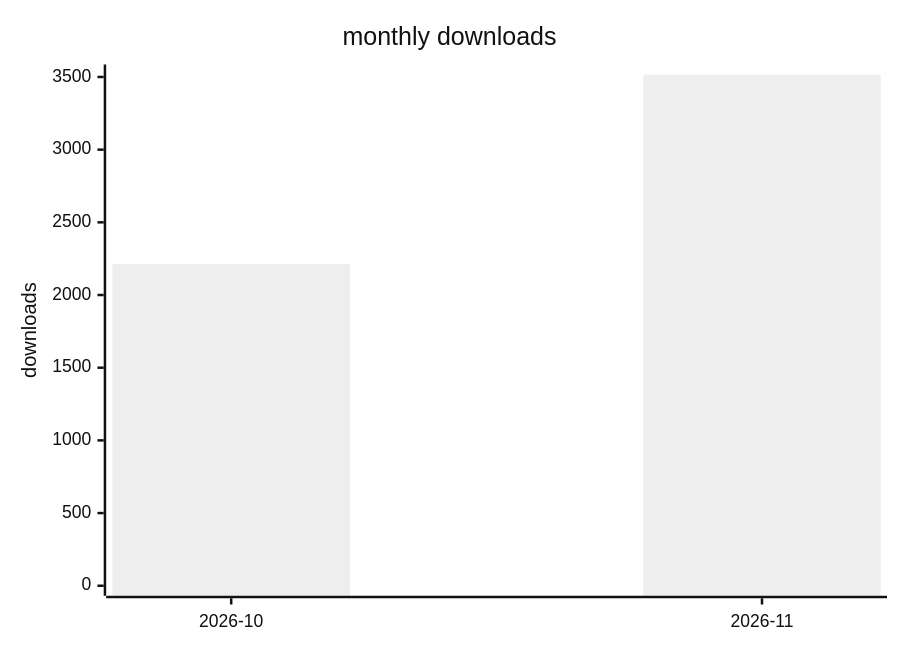
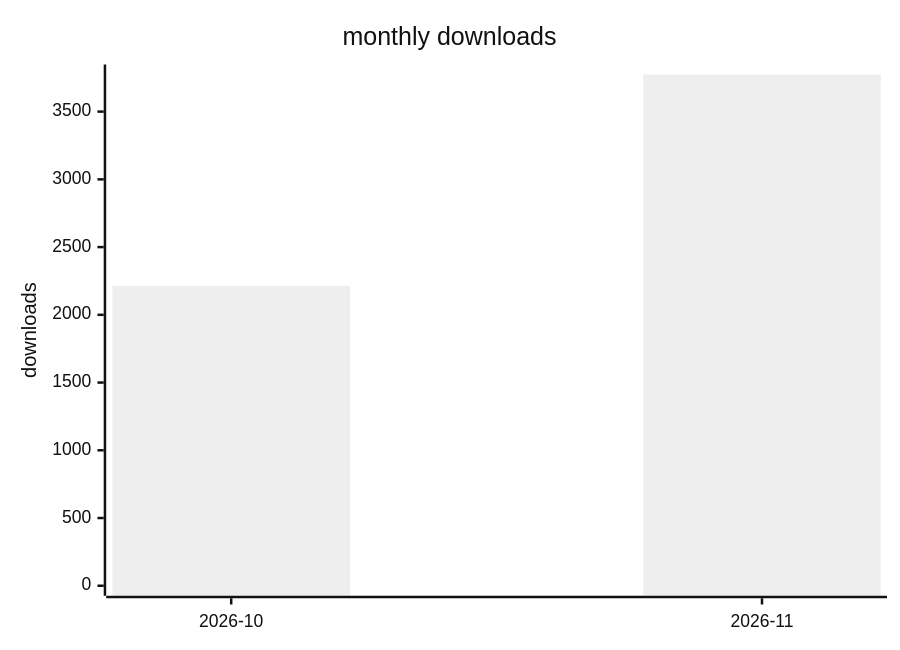
Before and after one commit to terry2010/dsh-rss-news-daily: the second of 2 diagrams in docs/downloads-2026.md, drawn with Mermaid (neutral theme). The commit also changed other lines of this file and 1 other file, not shown here.

````diff
--- a/docs/downloads-2026.md
+++ b/docs/downloads-2026.md
@@ -29,7 +29,7 @@
 ```mermaid
 xychart-beta
     title "monthly downloads"
     x-axis ["2026-10", "2026-11"]
-    y-axis "downloads" 0 --> 3517
-    bar [2214, 3517]
+    y-axis "downloads" 0 --> 3774
+    bar [2214, 3774]
 ```
````
